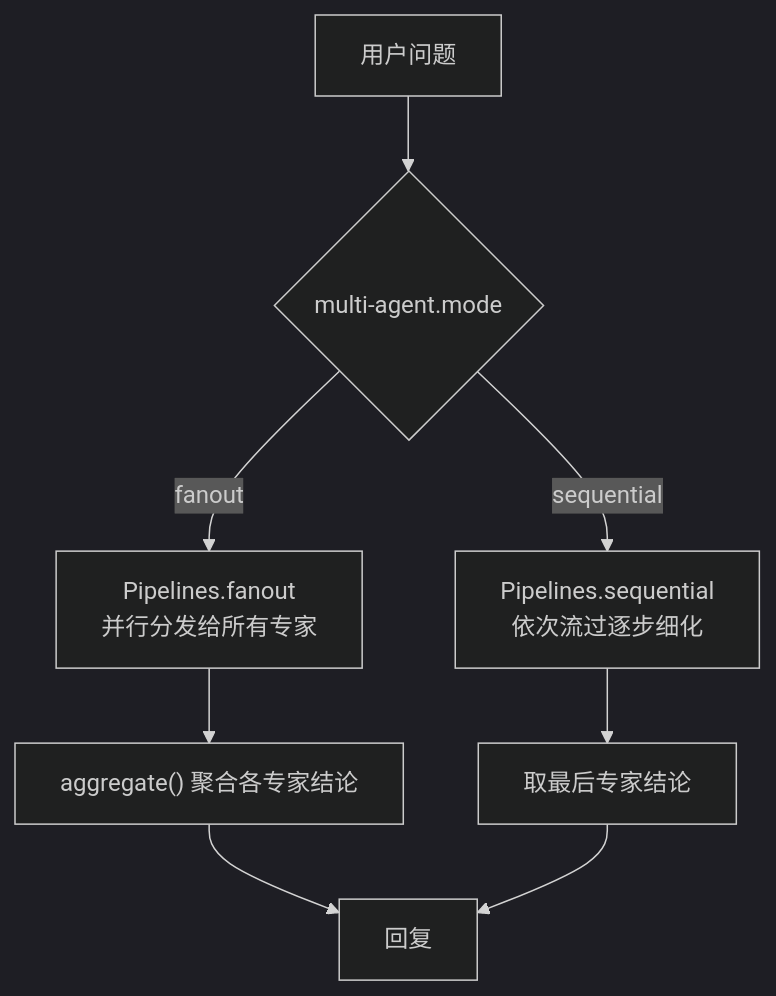
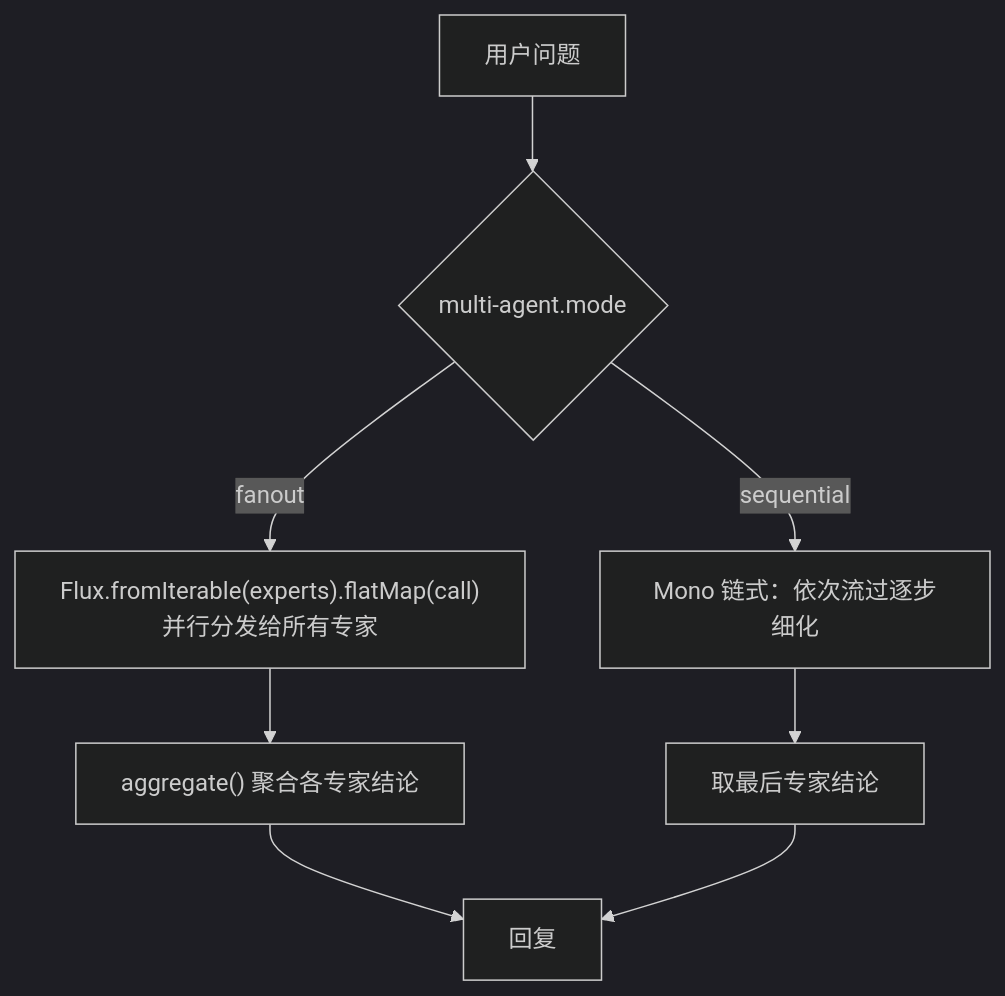
Before and after one commit to liulangjietou/customer_work: diagram 20 of 26 in docs/详细技术文档.md, drawn with Mermaid (dark theme). The commit also changed other lines of this file, not shown here.

````diff
--- a/docs/详细技术文档.md
+++ b/docs/详细技术文档.md
@@ -620,9 +677,9 @@
 ```mermaid
 flowchart TB
     Q[用户问题] --> MODE{multi-agent.mode}
-    MODE -->|fanout| FO["Pipelines.fanout<br/>并行分发给所有专家"]
-    MODE -->|sequential| SE["Pipelines.sequential<br/>依次流过逐步细化"]
+    MODE -->|fanout| FO["Flux.fromIterable(experts).flatMap(call)<br/>并行分发给所有专家"]
+    MODE -->|sequential| SE["Mono 链式：依次流过逐步细化"]
     FO --> AGG["aggregate() 聚合各专家结论"]
     SE --> LAST["取最后专家结论"]
     AGG & LAST --> R[回复]
 ```
````
